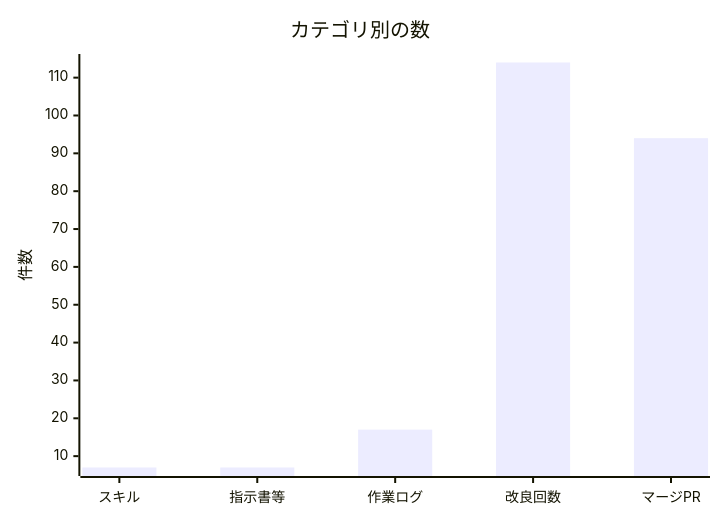
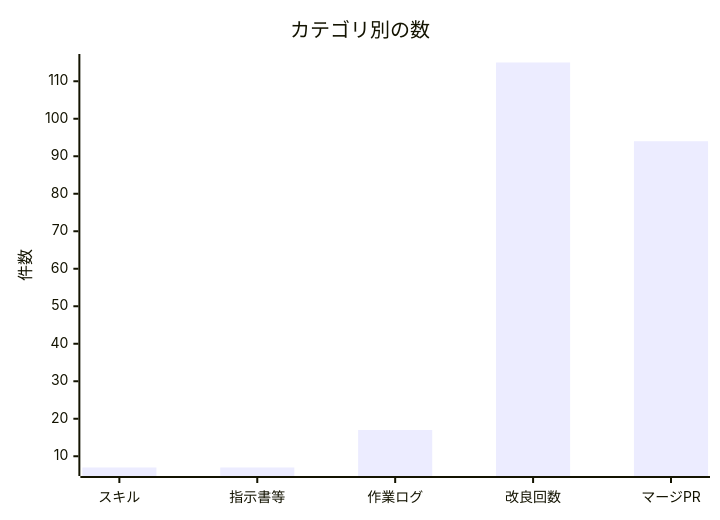
One commit to non-x2/non-x2 changed the second of 2 diagrams in docs/進化レポート.md. Above: the diagram before and after it, drawn with Mermaid. The commit also changed other lines of this file and 1 other file, not shown here.

````diff
--- a/docs/進化レポート.md
+++ b/docs/進化レポート.md
@@ -33,7 +33,7 @@
 ```mermaid
 xychart-beta
     title "カテゴリ別の数"
     x-axis ["スキル", "指示書等", "作業ログ", "改良回数", "マージPR"]
     y-axis "件数"
-    bar [7, 7, 17, 114, 94]
+    bar [7, 7, 17, 115, 94]
 ```
````
